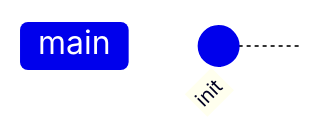
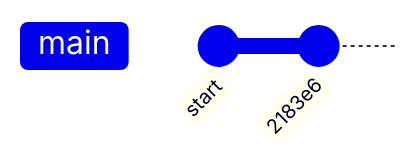
Before and after one commit to CrayFish0/text-vault: the diagram in graph.md, drawn with Mermaid. The commit also changed other lines of this file, not shown here.

Commit message:
Update git graph

````diff
--- a/graph.md
+++ b/graph.md
@@ -4,4 +1,5 @@
 ```mermaid
 gitGraph
-   commit id: "init"
+   commit id: "start"
+   commit id: "2183e6"
 ```
````
